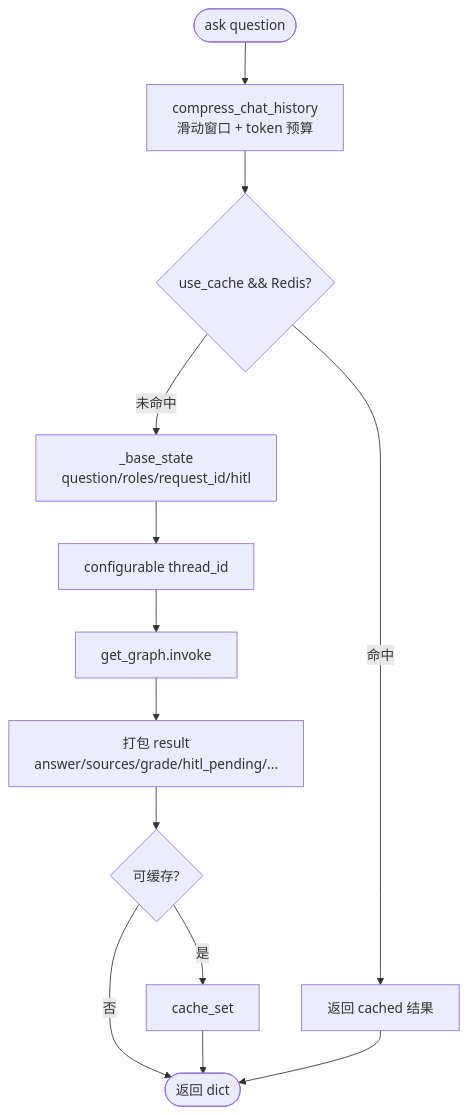
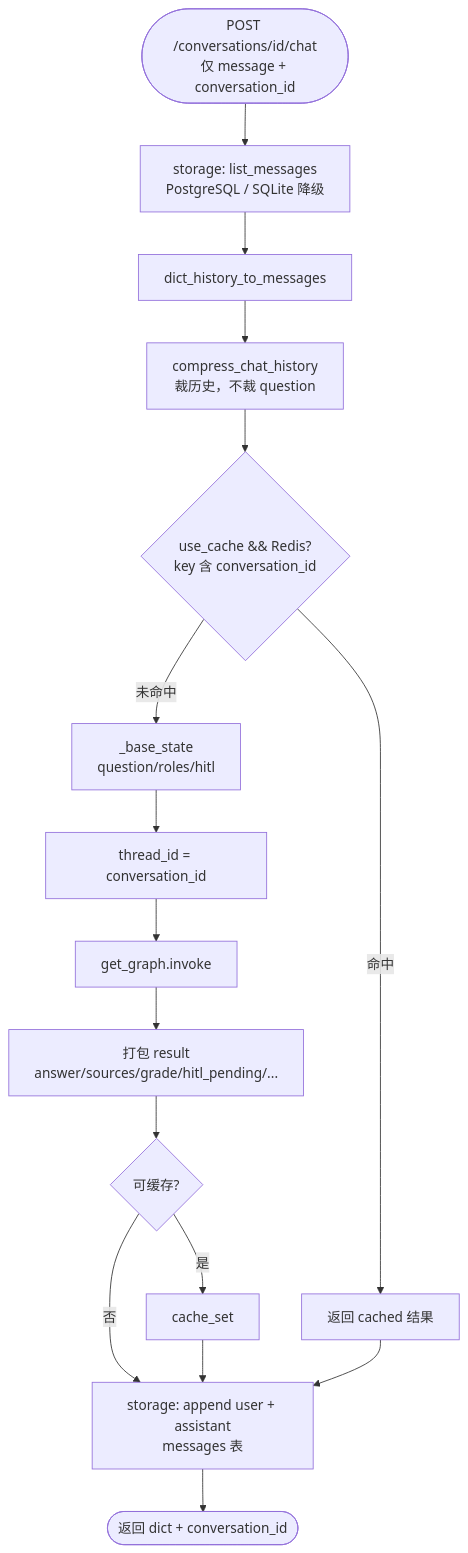
The seventh of 22 diagrams in project_00_rag_agent/docs/architecture.md (charlie-chann/ai-agent-langgraph-main), drawn with Mermaid before and after one commit. The commit also changed other lines of this file and 28 other files, not shown here.

Commit message:
docs(project_00): 补充架构图与 Docker/对话链路文档

````diff
--- a/project_00_rag_agent/docs/architecture.md
+++ b/project_00_rag_agent/docs/architecture.md
@@ -347,18 +370,21 @@
 ```mermaid
 flowchart TD
-    START([ask question]) --> COMPRESS[compress_chat_history<br/>滑动窗口 + token 预算]
+    START([POST /conversations/id/chat<br/>仅 message + conversation_id]) --> LOAD[storage: list_messages<br/>PostgreSQL / SQLite 降级]
+    LOAD --> DICT[dict_history_to_messages]
+    DICT --> COMPRESS[compress_chat_history<br/>裁历史，不裁 question]
 
-    COMPRESS --> CACHE{use_cache && Redis?}
+    COMPRESS --> CACHE{use_cache && Redis?<br/>key 含 conversation_id}
     CACHE -->|命中| RET_CACHED[返回 cached 结果]
-    CACHE -->|未命中| BUILD[_base_state<br/>question/roles/request_id/hitl]
-
-    BUILD --> CONFIG[configurable thread_id]
+    CACHE -->|未命中| BUILD[_base_state<br/>question/roles/hitl]
+    BUILD --> CONFIG["thread_id = conversation_id"]
     CONFIG --> INVOKE[get_graph.invoke]
 
     INVOKE --> PACK[打包 result<br/>answer/sources/grade/hitl_pending/...]
-    PACK --> SAVE{可缓存?}
-    SAVE -->|是| CACHE_SET[cache_set]
-    SAVE -->|否| RETURN
-    CACHE_SET --> RETURN([返回 dict])
-    RET_CACHED --> RETURN
+    PACK --> CACHE_W{可缓存?}
+    CACHE_W -->|是| CACHE_SET[cache_set]
+    CACHE_W -->|否| PERSIST
+    CACHE_SET --> PERSIST[storage: append user + assistant<br/>messages 表]
+    RET_CACHED --> PERSIST
+
+    PERSIST --> RETURN([返回 dict + conversation_id])
 ```
````
